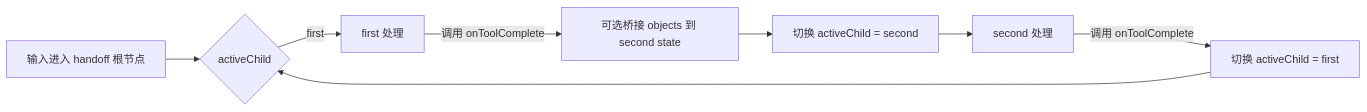
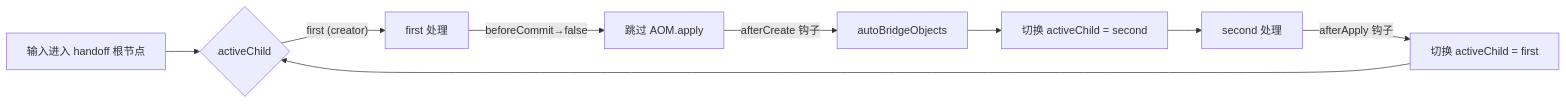
One commit to Frank-Steven/HoundWhiteboard changed the second of 2 diagrams in src/core/prefixs/docs/prefix-document.md. Above: the diagram before and after it, drawn with Mermaid. The commit also changed other lines of this file and 10 other files, not shown here.

````diff
--- a/src/core/prefixs/docs/prefix-document.md
+++ b/src/core/prefixs/docs/prefix-document.md
@@ -148,10 +148,11 @@
 ```mermaid
 flowchart LR
     A[输入进入 handoff 根节点] --> B{activeChild}
-    B -->|first| C[first 处理]
-    C -->|调用 onToolComplete| D[可选桥接 objects 到 second state]
+    B -->|"first (creator)"| C[first 处理]
+    C -->|"beforeCommit→false"| C1[跳过 AOM.apply]
+    C1 -->|"afterCreate 钩子"| D[autoBridgeObjects]
     D --> E[切换 activeChild = second]
     E --> F[second 处理]
-    F -->|调用 onToolComplete| G[切换 activeChild = first]
+    F -->|"afterApply 钩子"| G[切换 activeChild = first]
     G --> B
 ```
````
